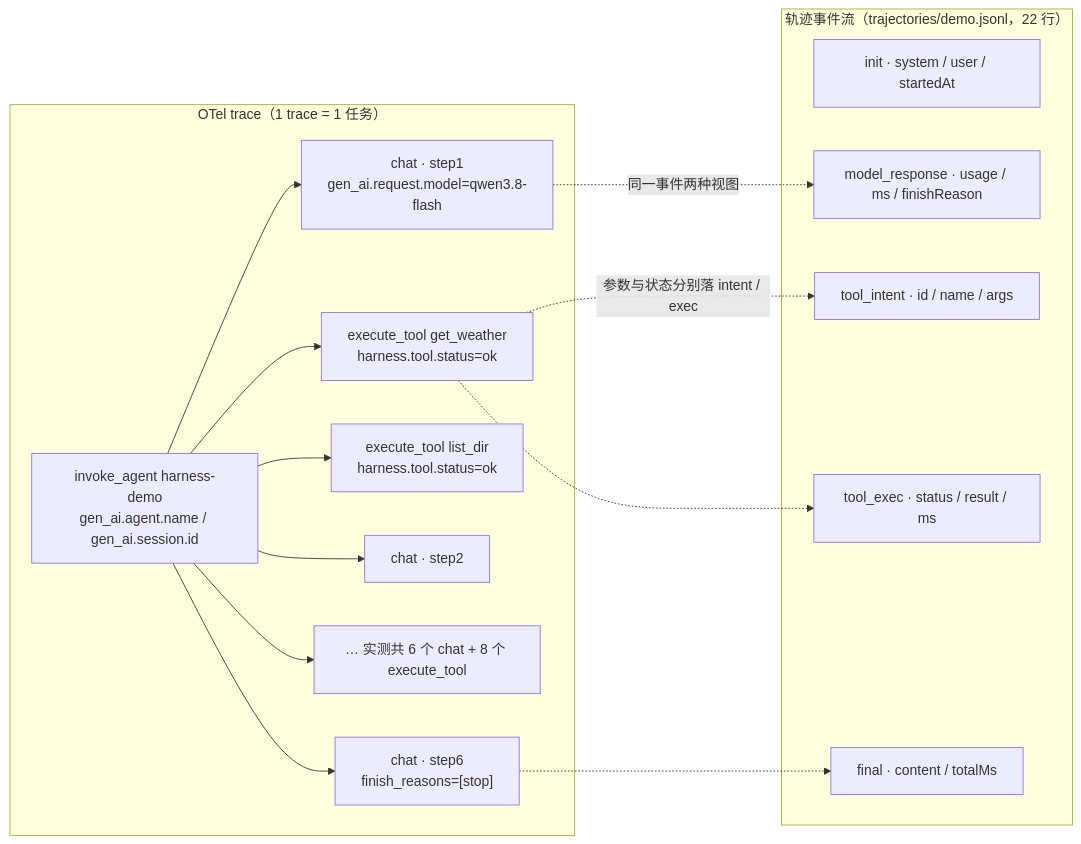
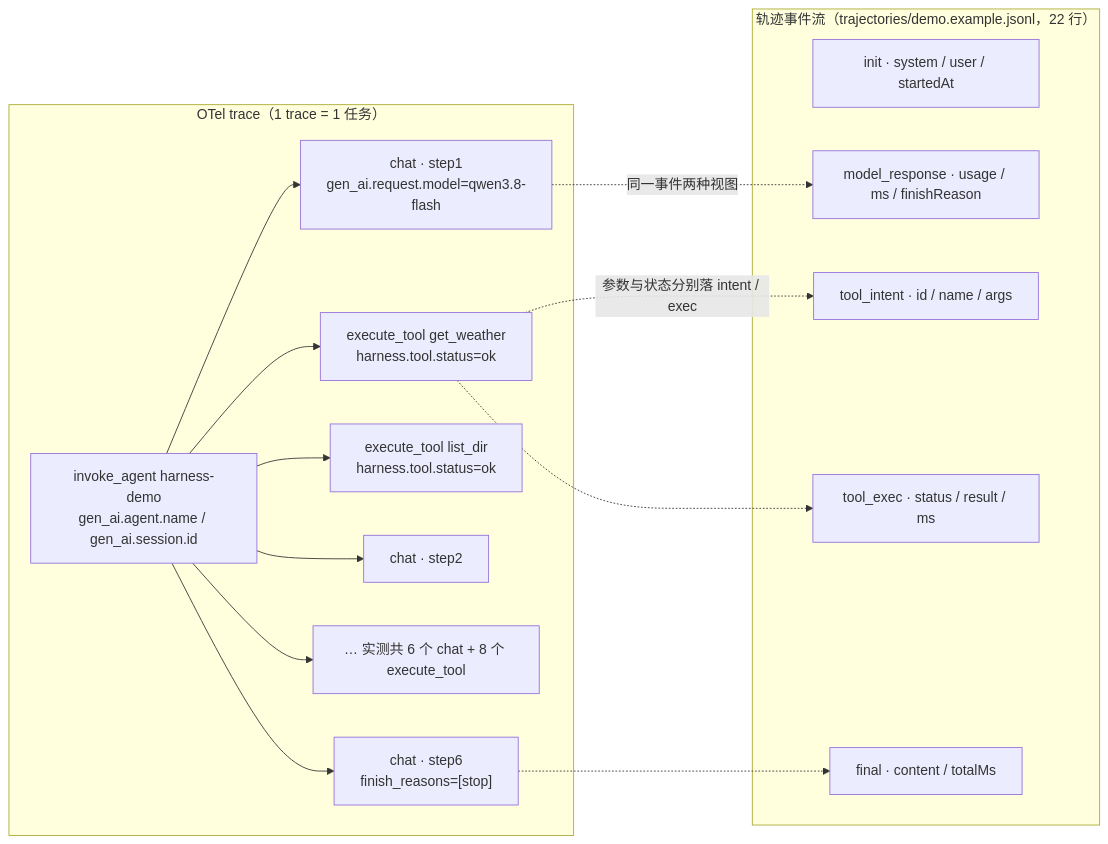
One commit to zo0043/learn-agent-harness changed the second of 4 diagrams in notes/observability.md. Above: the diagram before and after it, drawn with Mermaid. The commit also changed other lines of this file and 65 other files, not shown here.

````diff
--- a/notes/observability.md
+++ b/notes/observability.md
@@ -113,23 +113,23 @@
 ```mermaid
 flowchart LR
   subgraph TRACE["OTel trace（1 trace = 1 任务）"]
     A["invoke_agent harness-demo<br/>gen_ai.agent.name / gen_ai.session.id"]
     A --> C1["chat · step1<br/>gen_ai.request.model=qwen3.8-flash"]
     A --> T1["execute_tool get_weather<br/>harness.tool.status=ok"]
     A --> T2["execute_tool list_dir<br/>harness.tool.status=ok"]
     A --> C2["chat · step2"]
     A --> TN["… 实测共 6 个 chat + 8 个 execute_tool"]
     A --> C6["chat · step6<br/>finish_reasons=[stop]"]
   end
-  subgraph JSONL["轨迹事件流（trajectories/demo.jsonl，22 行）"]
+  subgraph JSONL["轨迹事件流（trajectories/demo.example.jsonl，22 行）"]
     E0["init · system / user / startedAt"]
     E1["model_response · usage / ms / finishReason"]
     E2["tool_intent · id / name / args"]
     E3["tool_exec · status / result / ms"]
     E4["final · content / totalMs"]
   end
   C1 -.同一事件两种视图.-> E1
   T1 -.参数与状态分别落 intent / exec.-> E2
   T1 -.-> E3
   C6 -.-> E4
 ```
````
